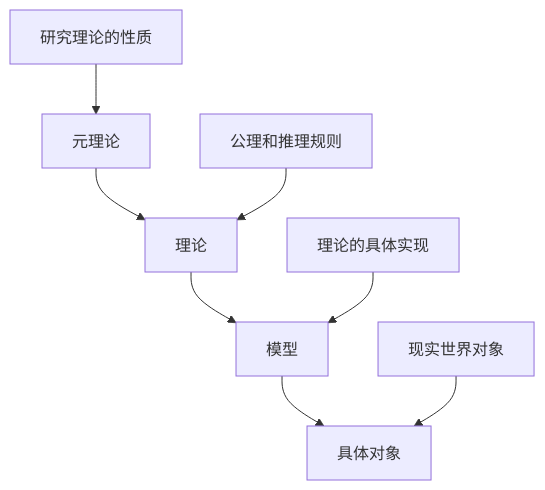
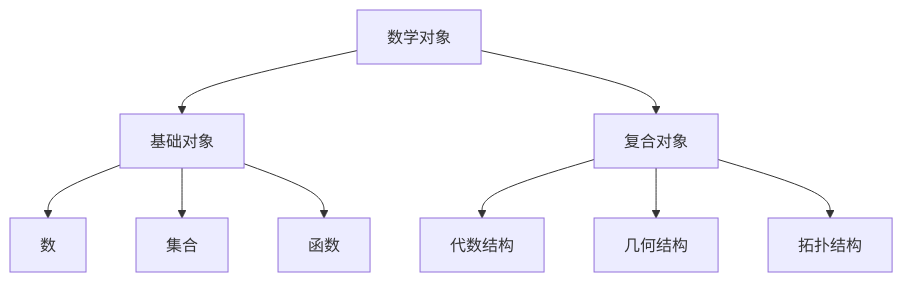
One commit to AdaMartin18010/Mathematics changed the second of 2 diagrams in Math/Refactor/01-哲学与元数学基础/01-数学哲学基础.md. Above: the diagram before and after it, drawn with Mermaid. The commit also changed other lines of this file and 60 other files, not shown here.

````diff
--- a/Math/Refactor/01-哲学与元数学基础/01-数学哲学基础.md
+++ b/Math/Refactor/01-哲学与元数学基础/01-数学哲学基础.md
@@ -239,11 +247,11 @@
 ```mermaid
 graph TD
-    A[元理论] --> B[理论]
-    B --> C[模型]
-    C --> D[具体对象]
-    
-    A1[研究理论的性质] --> A
-    B1[公理和推理规则] --> B
-    C1[理论的具体实现] --> C
-    D1[现实世界对象] --> D
+    A[数学对象] --> B[基础对象]
+    A --> C[复合对象]
+    B --> D[数]
+    B --> E[集合]
+    B --> F[函数]
+    C --> G[代数结构]
+    C --> H[几何结构]
+    C --> I[拓扑结构]
 ```
````
